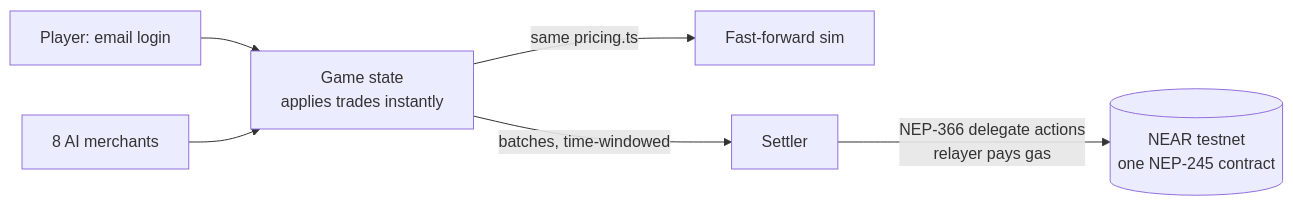
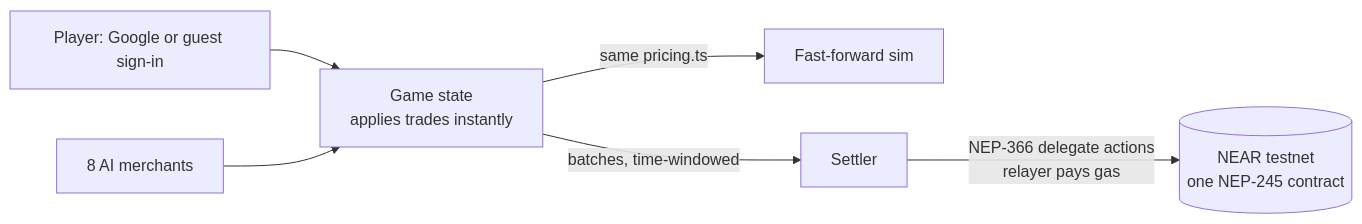
One commit to EmekaManuel/nims changed the diagram in README.md. Above: the diagram before and after it, drawn with Mermaid. The commit also changed other lines of this file and 29 other files, not shown here.

First line of the commit message:
Sign in with Google or as a guest; no more emailed links, and no 'market is closed' flash

````diff
--- a/README.md
+++ b/README.md
@@ -124,8 +124,8 @@
 ```mermaid
 flowchart LR
-  P[Player: email login] --> G[Game state<br/>applies trades instantly]
+  P[Player: Google or guest sign-in] --> G[Game state<br/>applies trades instantly]
   A[8 AI merchants] --> G
   G -->|same pricing.ts| F[Fast-forward sim]
   G -->|batches, time-windowed| S[Settler]
   S -->|NEP-366 delegate actions<br/>relayer pays gas| N[(NEAR testnet<br/>one NEP-245 contract)]
 ```
````
